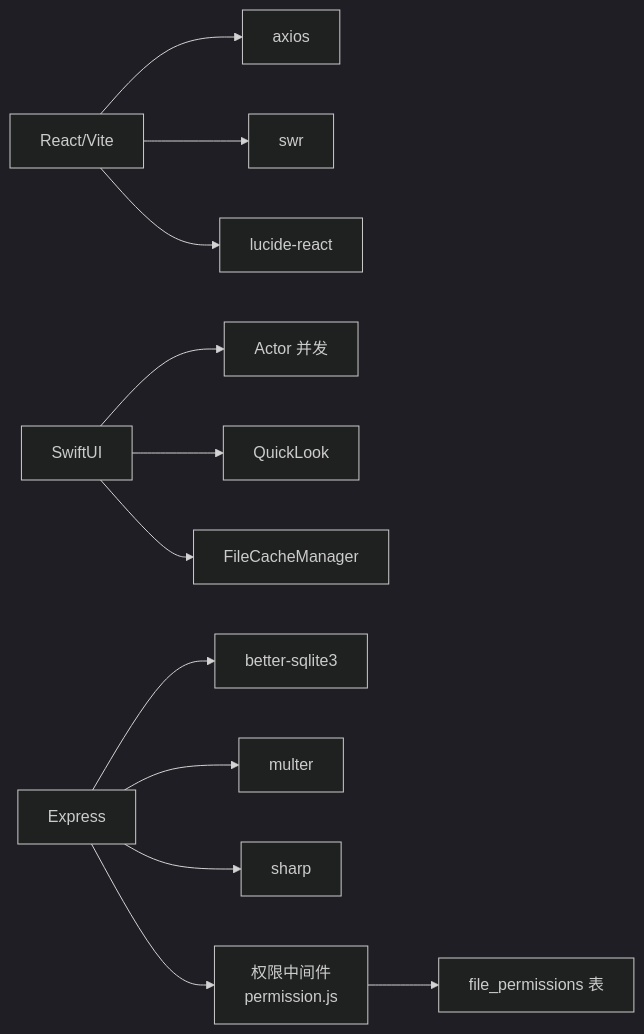
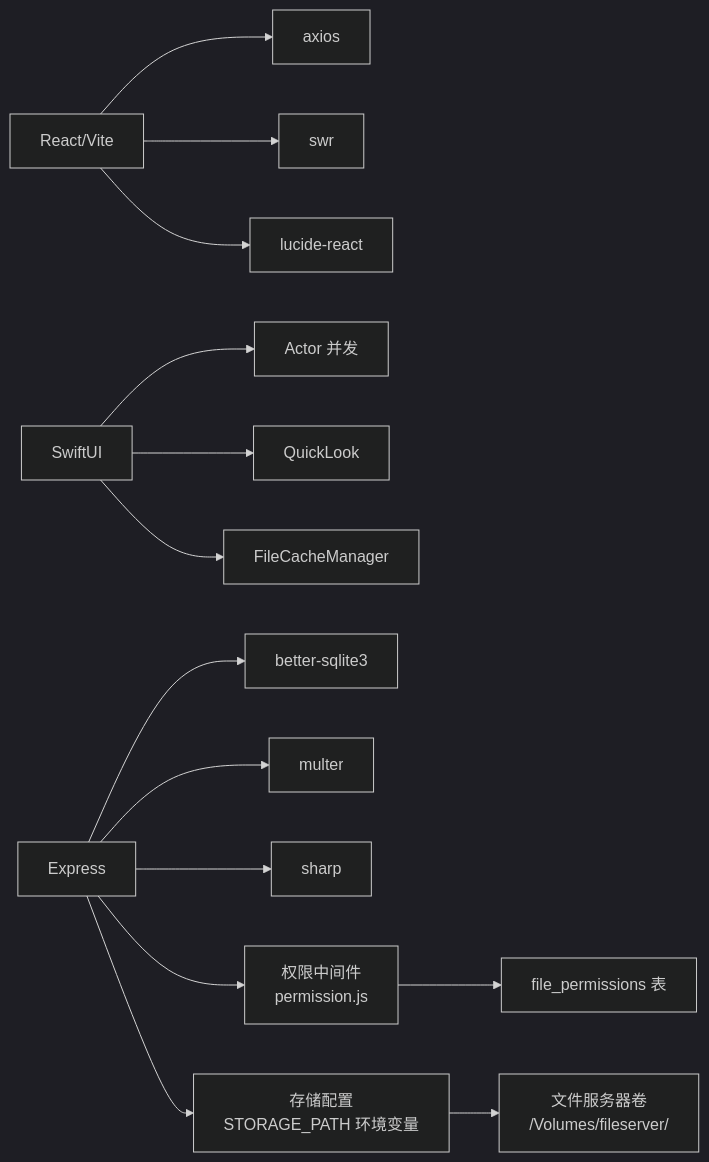
Before and after one commit to CubeEdge/Longhorn: the tenth of 10 diagrams in .qoder/repowiki/zh/content/文件管理系统/文件管理系统.md, drawn with Mermaid (dark theme). The commit also changed other lines of this file and 26 other files, not shown here.

````diff
--- a/.qoder/repowiki/zh/content/文件管理系统/文件管理系统.md
+++ b/.qoder/repowiki/zh/content/文件管理系统/文件管理系统.md
@@ -533,14 +648,16 @@
 ```mermaid
 graph LR
 Web["React/Vite"] --> Axios["axios"]
 Web --> SWR["swr"]
 Web --> Icons["lucide-react"]
 iOS["SwiftUI"] --> Actor["Actor 并发"]
 iOS --> QL["QuickLook"]
 iOS --> Cache["FileCacheManager"]
 Server["Express"] --> DB["better-sqlite3"]
 Server --> Mul["multer"]
 Server --> Sharp["sharp"]
 Server --> PermMW["权限中间件<br/>permission.js"]
+Server --> Storage["存储配置<br/>STORAGE_PATH 环境变量"]
+Storage --> FileServer["文件服务器卷<br/>/Volumes/fileserver/"]
 PermMW --> FilePerm["file_permissions 表"]
 ```
````
